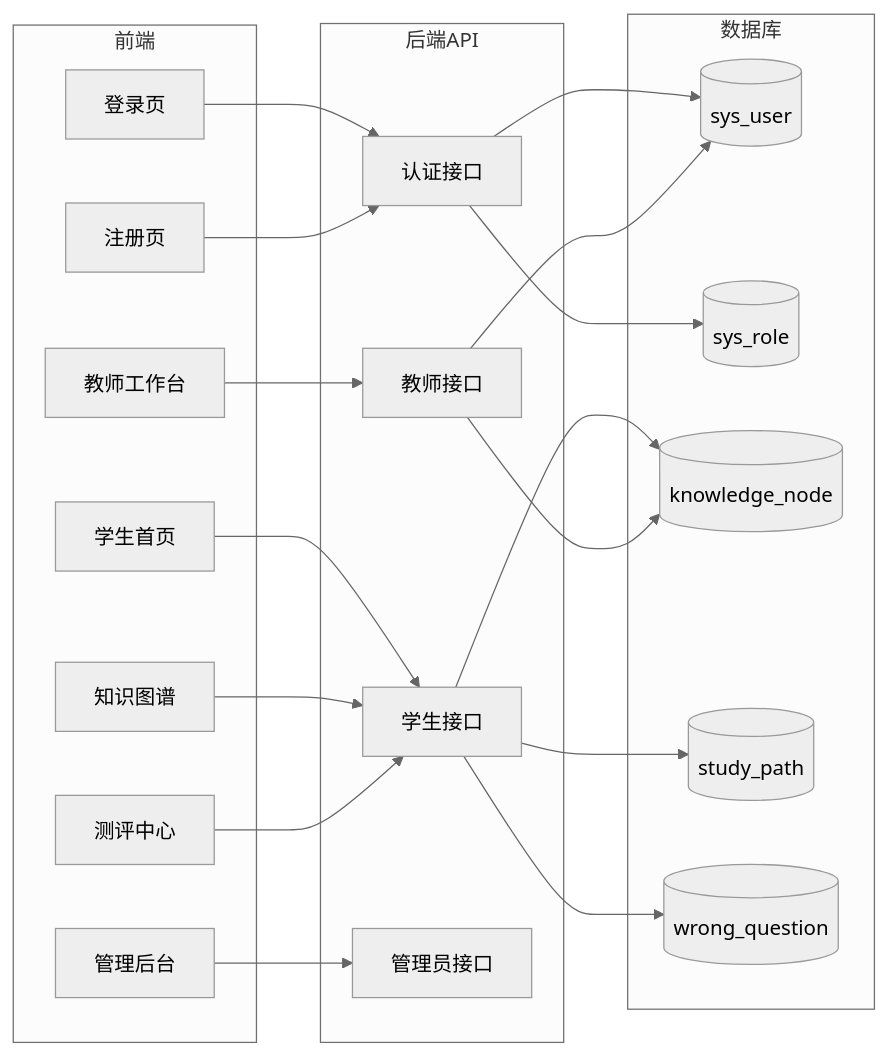
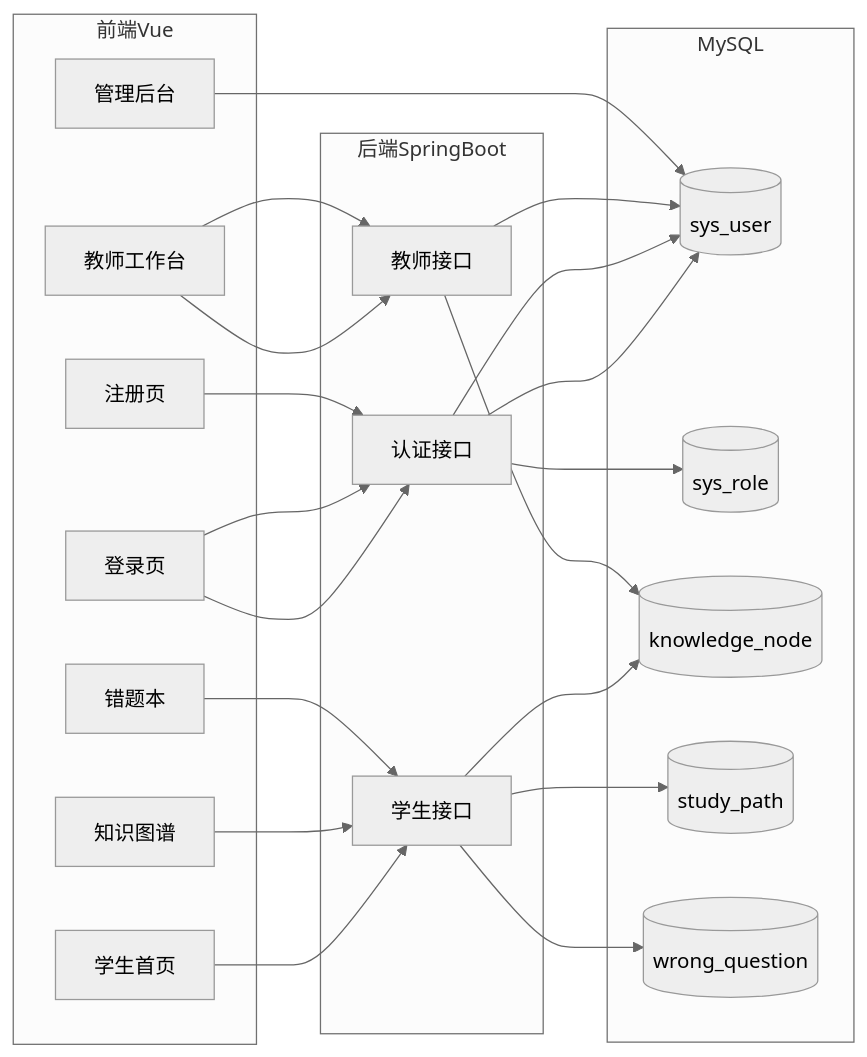
Before and after one commit to blossom-rt/kg-intelligent-tutoring-system: the fifth of 8 diagrams in docs/diagrams.md, drawn with Mermaid (neutral theme). The commit also changed other lines of this file, not shown here.

Commit message:
docs: 图表改为横向布局适配报告排版

````diff
--- a/docs/diagrams.md
+++ b/docs/diagrams.md
@@ -152,45 +108,33 @@
 ```mermaid
 graph LR
-    subgraph 前端
+    subgraph 前端Vue
         Login[登录页]
         Register[注册页]
         StuHome[学生首页]
         KGGraph[知识图谱]
-        ExamC[测评中心]
+        WrongB[错题本]
         TeachWP[教师工作台]
         AdminP[管理后台]
     end
-
-    subgraph 后端API
-        AuthAPI[认证接口]
-        StuAPI[学生接口]
-        TeachAPI[教师接口]
-        AdminAPI[管理员接口]
+    subgraph 后端SpringBoot
+        Auth[认证接口]
+        Stu[学生接口]
+        Teach[教师接口]
     end
-
-    subgraph 数据库
-        UserT[(sys_user)]
-        RoleT[(sys_role)]
-        NodeT[(knowledge_node)]
-        PathT[(study_path)]
-        WrongT[(wrong_question)]
+    subgraph MySQL
+        User[(sys_user)]
+        Role[(sys_role)]
+        Node[(knowledge_node)]
+        Path[(study_path)]
+        Wrong[(wrong_question)]
     end
-
-    Login --> AuthAPI
-    Register --> AuthAPI
-    AuthAPI --> UserT
-    AuthAPI --> RoleT
-
-    StuHome --> StuAPI
-    KGGraph --> StuAPI
-    ExamC --> StuAPI
-    StuAPI --> NodeT
-    StuAPI --> PathT
-    StuAPI --> WrongT
-
-    TeachWP --> TeachAPI
-    TeachAPI --> NodeT
-    TeachAPI --> UserT
-
-    AdminP --> AdminAPI
+    Login --> Auth --> User
+    Login --> Auth --> Role
+    Register --> Auth --> User
+    StuHome --> Stu --> Path
+    KGGraph --> Stu --> Node
+    WrongB --> Stu --> Wrong
+    TeachWP --> Teach --> Node
+    TeachWP --> Teach --> User
+    AdminP --> User
 ```
````
